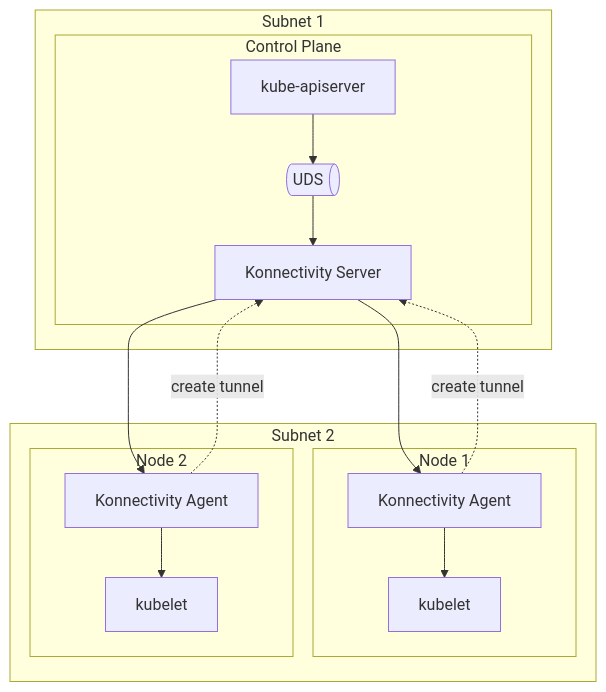
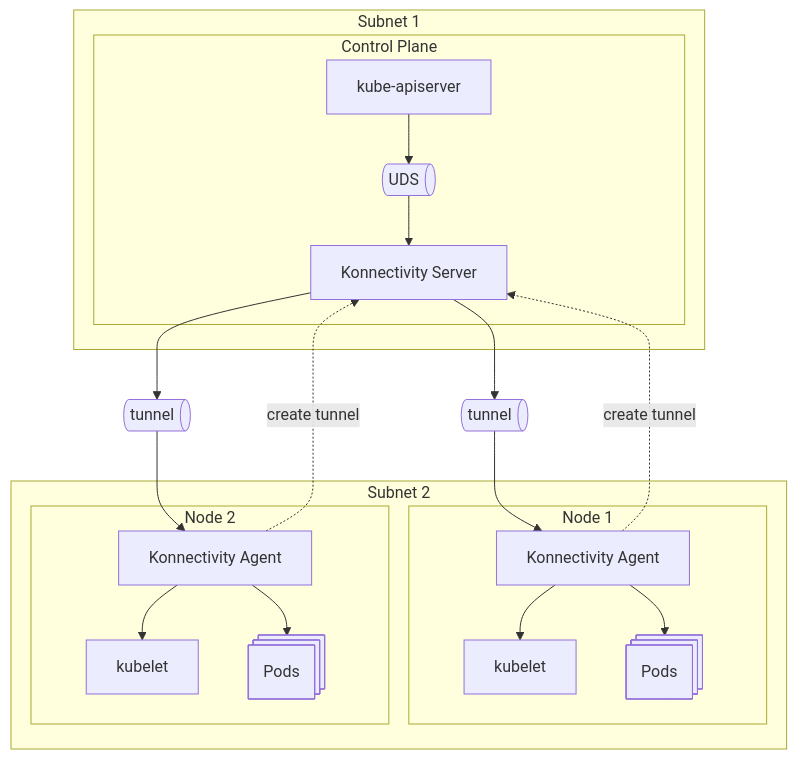
One commit to hhk7734/wiki changed the diagram in docs/mlops/kubernetes/network/konnectivity.mdx. Above: the diagram before and after it, drawn with Mermaid. The commit also changed other lines of this file and 3 other files, not shown here.

````diff
--- a/docs/mlops/kubernetes/network/konnectivity.mdx
+++ b/docs/mlops/kubernetes/network/konnectivity.mdx
@@ -20,38 +20,41 @@
 ```mermaid
 flowchart TD
   subgraph Subnet 1
 
     subgraph Control Plane
       konnectivity-server[Konnectivity Server]
       konnectivity-server-soket@{ shape: das, label: "UDS" }
 
       kube-apiserver --> konnectivity-server-soket
       konnectivity-server-soket --> konnectivity-server
     end
 
   end
 
+  konnectivity-server --> tunnel-1@{ shape: das, label: "tunnel" } --> konnectivity-agent-1
+  konnectivity-server --> tunnel-2@{ shape: das, label: "tunnel" } --> konnectivity-agent-2
+
   subgraph Subnet 2
 
     subgraph Node 1
       konnectivity-agent-1[Konnectivity Agent]
       kubelet-1[kubelet]
 
       konnectivity-agent-1 -. create tunnel .-> konnectivity-server
-      konnectivity-server --> konnectivity-agent-1
 
       konnectivity-agent-1 --> kubelet-1
+      konnectivity-agent-1 --> pods-1@{ shape: procs , label: "Pods" }
     end
 
     subgraph Node 2
       konnectivity-agent-2[Konnectivity Agent]
       kubelet-2[kubelet]
 
       konnectivity-agent-2 -. create tunnel .-> konnectivity-server
-      konnectivity-server --> konnectivity-agent-2
 
       konnectivity-agent-2 --> kubelet-2
+      konnectivity-agent-2 --> pods-2@{ shape: procs , label: "Pods" }
     end
 
   end
 ```
````
